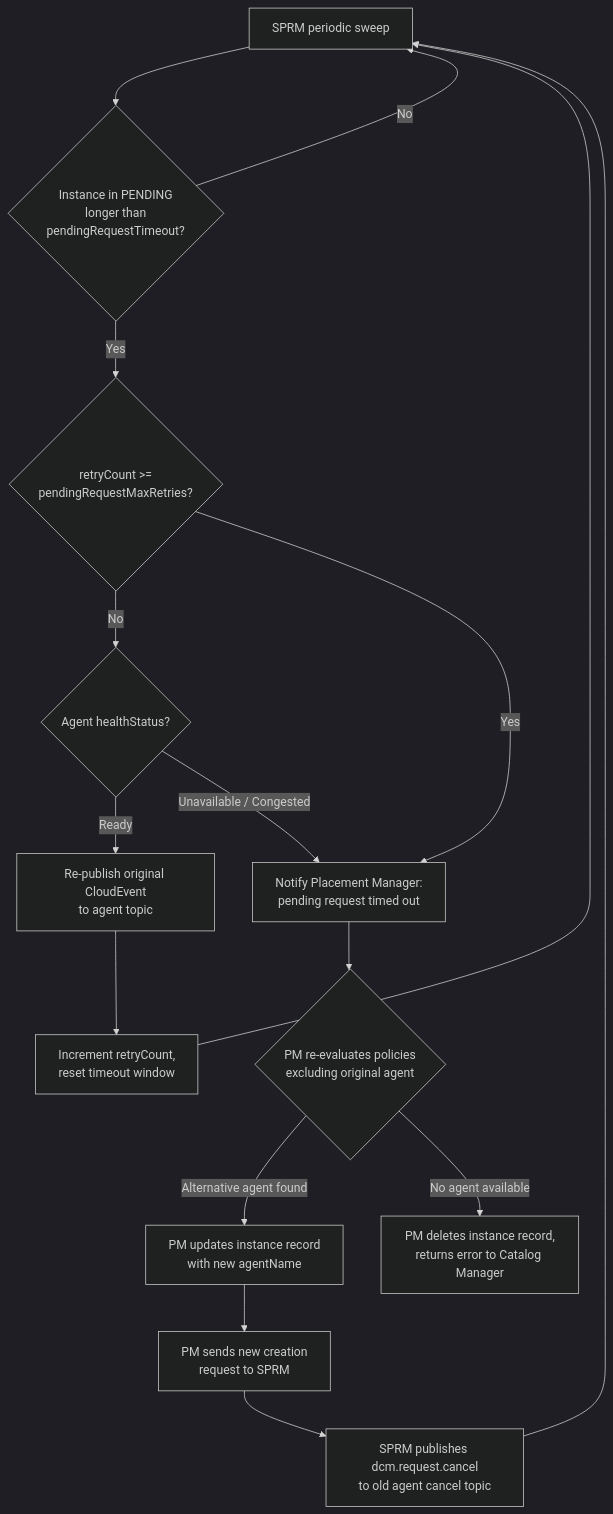
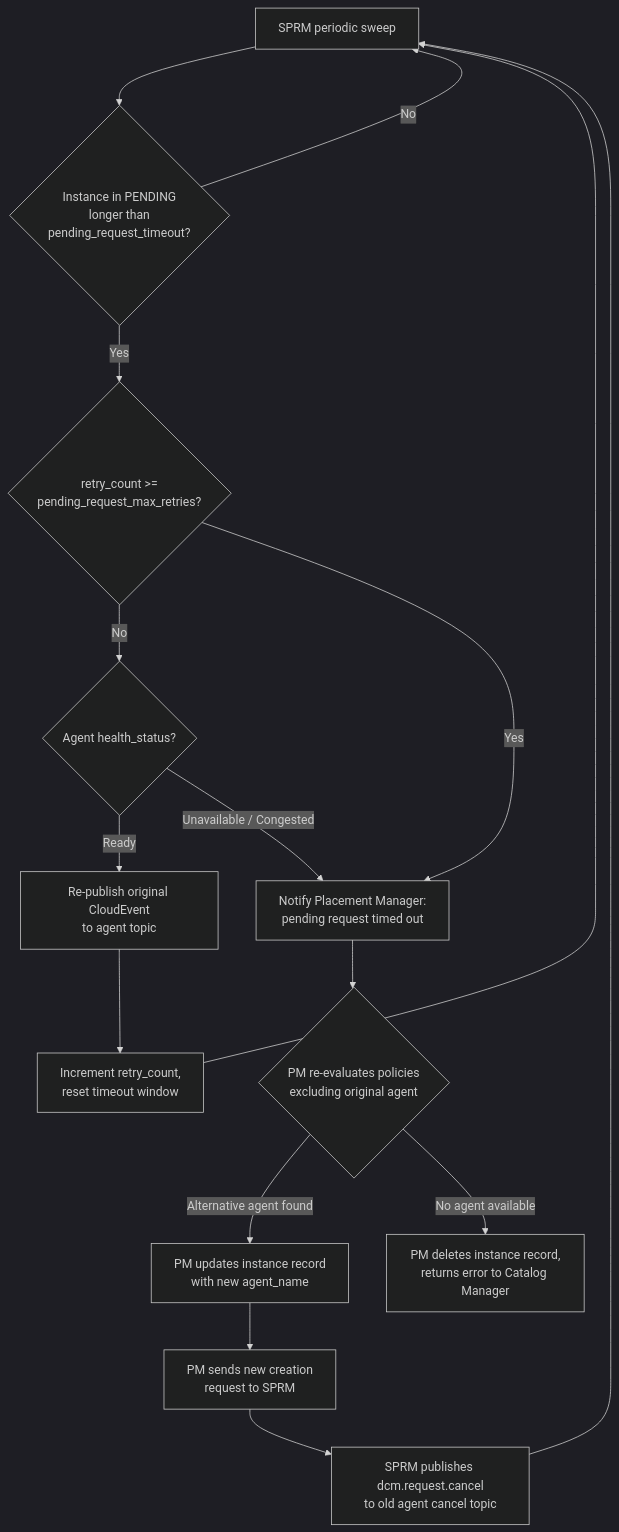
The third of 3 diagrams in enhancements/sp-resource-manager/sp-resource-manager.md (dcm-project/enhancements), drawn with Mermaid (dark theme) before and after one commit. The commit also changed other lines of this file and 19 other files, not shown here.

````diff
--- a/enhancements/sp-resource-manager/sp-resource-manager.md
+++ b/enhancements/sp-resource-manager/sp-resource-manager.md
@@ -410,18 +411,18 @@
 ```mermaid
 flowchart TD
-    A[SPRM periodic sweep] --> B{Instance in PENDING<br/>longer than<br/>pendingRequestTimeout?}
+    A[SPRM periodic sweep] --> B{Instance in PENDING<br/>longer than<br/>pending_request_timeout?}
     B -- No --> A
-    B -- Yes --> C{retryCount >=<br/>pendingRequestMaxRetries?}
-    C -- No --> D{Agent healthStatus?}
+    B -- Yes --> C{retry_count >=<br/>pending_request_max_retries?}
+    C -- No --> D{Agent health_status?}
     D -- Ready --> E[Re-publish original CloudEvent<br/>to agent topic]
-    E --> F[Increment retryCount,<br/>reset timeout window]
+    E --> F[Increment retry_count,<br/>reset timeout window]
     F --> A
     D -- Unavailable / Congested --> G[Notify Placement Manager:<br/>pending request timed out]
     C -- Yes --> G
     G --> H{PM re-evaluates policies<br/>excluding original agent}
-    H -- Alternative agent found --> I[PM updates instance record<br/>with new agentName]
+    H -- Alternative agent found --> I[PM updates instance record<br/>with new agent_name]
     I --> J[PM sends new creation<br/>request to SPRM]
     J --> K[SPRM publishes dcm.request.cancel<br/>to old agent cancel topic]
     K --> A
     H -- No agent available --> L[PM deletes instance record,<br/>returns error to Catalog Manager]
 ```
````
